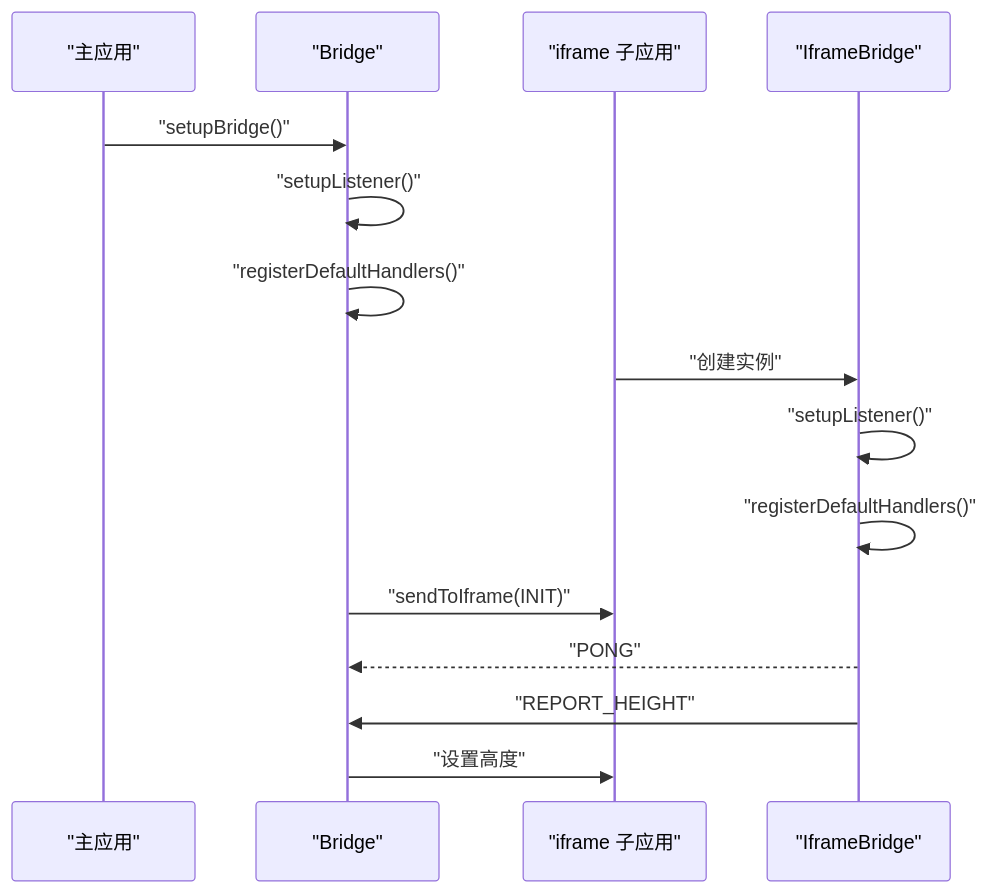
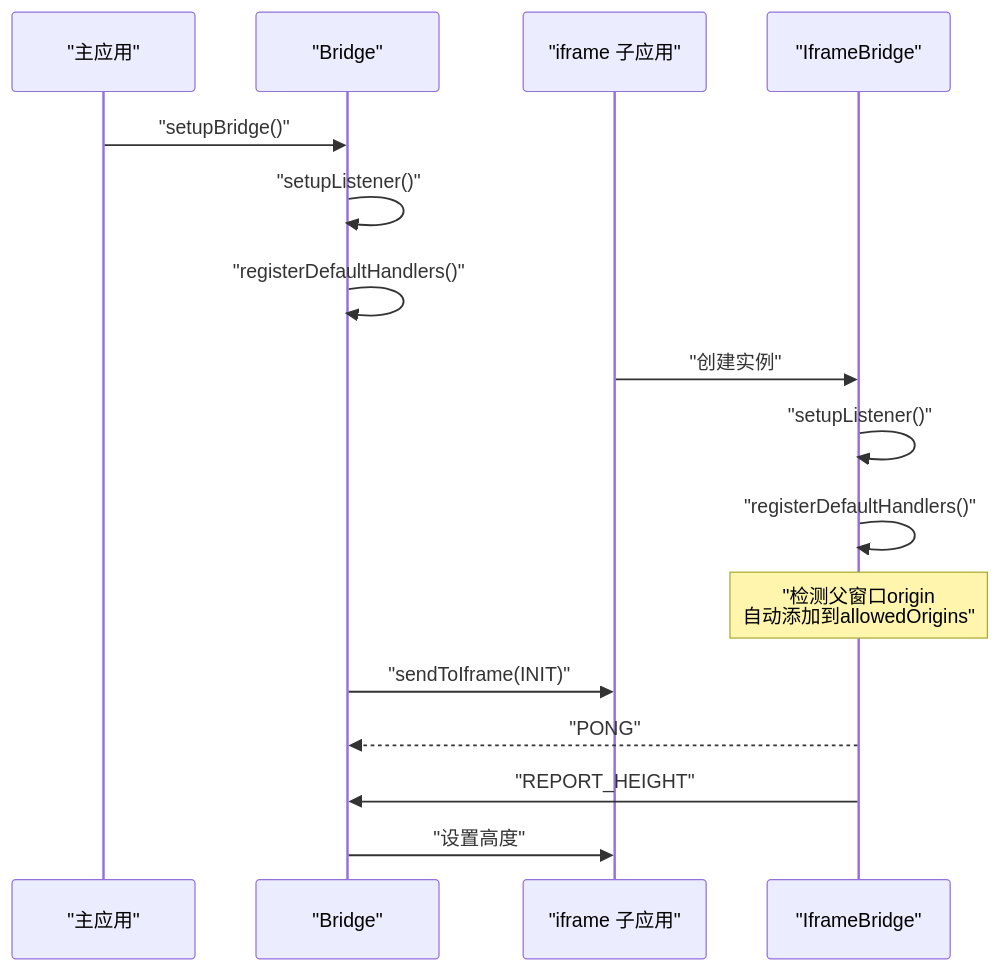
The seventh of 8 diagrams in .qoder/repowiki/zh/content/架构设计/通信架构.md (my-Sitara/artisan-base-frontend), drawn with Mermaid before and after one commit. The commit also changed other lines of this file and 35 other files, not shown here.

````diff
--- a/.qoder/repowiki/zh/content/架构设计/通信架构.md
+++ b/.qoder/repowiki/zh/content/架构设计/通信架构.md
@@ -316,17 +334,18 @@
 ```mermaid
 sequenceDiagram
 participant Main as "主应用"
 participant Bridge as "Bridge"
 participant Iframe as "iframe 子应用"
 participant IframeBridge as "IframeBridge"
 Main->>Bridge : "setupBridge()"
 Bridge->>Bridge : "setupListener()"
 Bridge->>Bridge : "registerDefaultHandlers()"
 Iframe->>IframeBridge : "创建实例"
 IframeBridge->>IframeBridge : "setupListener()"
 IframeBridge->>IframeBridge : "registerDefaultHandlers()"
+Note over IframeBridge : "检测父窗口origin<br/>自动添加到allowedOrigins"
 Bridge->>Iframe : "sendToIframe(INIT)"
 IframeBridge-->>Bridge : "PONG"
 IframeBridge->>Bridge : "REPORT_HEIGHT"
 Bridge->>Iframe : "设置高度"
 ```
````
